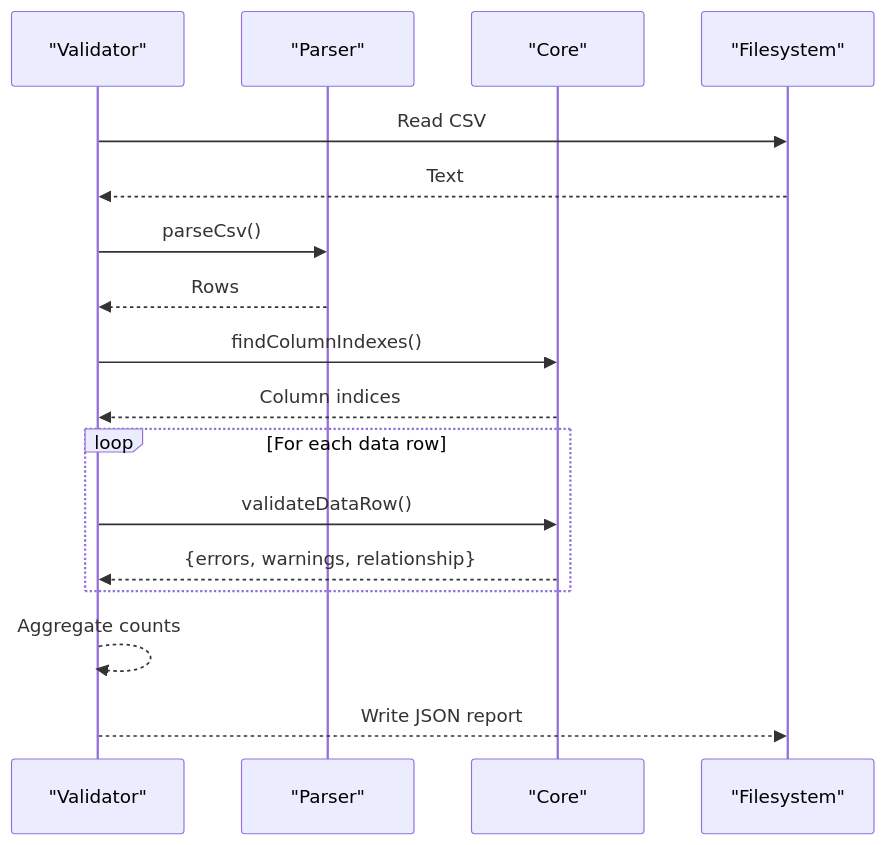
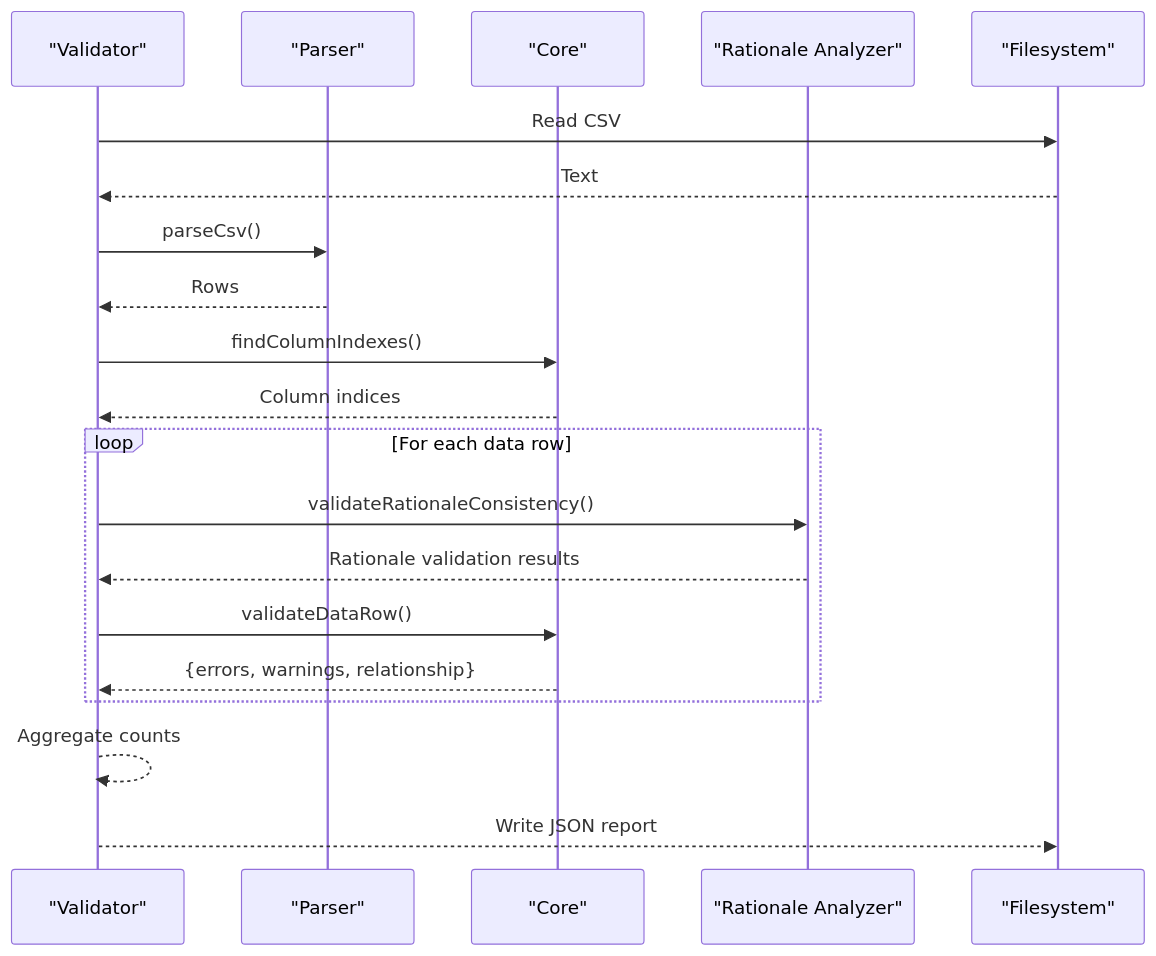
One commit to austinsonger/GRC-Mapping-Analyst changed the sixth of 8 diagrams in .qoder/repowiki/en/content/Core Processing Engine and Algorithms/Core Processing Engine and Algorithms.md. Above: the diagram before and after it, drawn with Mermaid. The commit also changed other lines of this file and 4 other files, not shown here.

````diff
--- a/.qoder/repowiki/en/content/Core Processing Engine and Algorithms/Core Processing Engine and Algorithms.md
+++ b/.qoder/repowiki/en/content/Core Processing Engine and Algorithms/Core Processing Engine and Algorithms.md
@@ -257,19 +315,22 @@
 ```mermaid
 sequenceDiagram
 participant V as "Validator"
 participant P as "Parser"
 participant C as "Core"
+participant R as "Rationale Analyzer"
 participant FS as "Filesystem"
 V->>FS : Read CSV
 FS-->>V : Text
 V->>P : parseCsv()
 P-->>V : Rows
 V->>C : findColumnIndexes()
 C-->>V : Column indices
 loop For each data row
+V->>R : validateRationaleConsistency()
+R-->>V : Rationale validation results
 V->>C : validateDataRow()
 C-->>V : {errors, warnings, relationship}
 end
 V-->>V : Aggregate counts
 V-->>FS : Write JSON report
 ```
````
